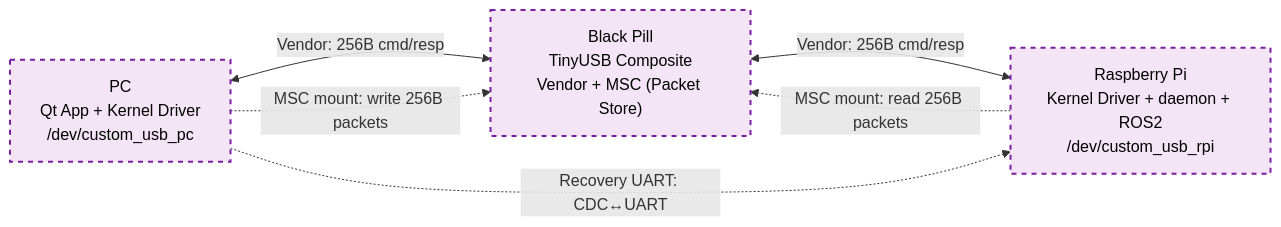
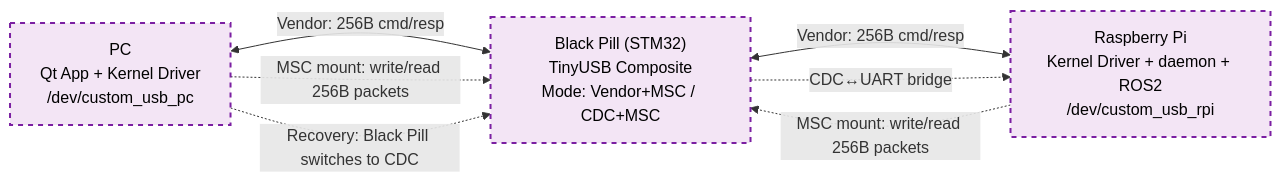
The first of 4 diagrams in README.md (ChangHoiAn/example), drawn with Mermaid before and after one commit. The commit also changed other lines of this file, not shown here.

````diff
--- a/README.md
+++ b/README.md
@@ -37,25 +37,26 @@
 ```mermaid
 %%{init: {"themeVariables": {"fontSize": "16px"}, "flowchart": {"useMaxWidth": true, "nodeSpacing": 45, "rankSpacing": 60, "diagramPadding": 8}}}%%
 flowchart LR
-    classDef pc fill:#e3f2fd,stroke:#1565c0,stroke-width:2px,color:black;
-    classDef mcu fill:#fff9c4,stroke:#fbc02d,stroke-width:2px,color:black;
-    classDef rpi fill:#e8f5e9,stroke:#2e7d32,stroke-width:2px,color:black;
-    classDef usb fill:#f3e5f5,stroke:#7b1fa2,stroke-width:2px,stroke-dasharray: 5 5,color:black;
+  classDef pc fill:#e3f2fd,stroke:#1565c0,stroke-width:2px,color:black;
+  classDef mcu fill:#fff9c4,stroke:#fbc02d,stroke-width:2px,color:black;
+  classDef rpi fill:#e8f5e9,stroke:#2e7d32,stroke-width:2px,color:black;
+  classDef usb fill:#f3e5f5,stroke:#7b1fa2,stroke-width:2px,stroke-dasharray: 5 5,color:black;
 
-    PC["PC<br/>Qt App + Kernel Driver<br/>/dev/custom_usb_pc"]
-    MCU["Black Pill<br/>TinyUSB Composite<br/>Vendor + MSC (Packet Store)"]
-    RPI["Raspberry Pi<br/>Kernel Driver + daemon + ROS2<br/>/dev/custom_usb_rpi"]
+  PC["PC<br/>Qt App + Kernel Driver<br/>/dev/custom_usb_pc"]
+  MCU["Black Pill (STM32)<br/>TinyUSB Composite<br/>Mode: Vendor+MSC / CDC+MSC"]
+  RPI["Raspberry Pi<br/>Kernel Driver + daemon + ROS2<br/>/dev/custom_usb_rpi"]
 
-    PC  <--> |Vendor: 256B cmd/resp| MCU
-    MCU <--> |Vendor: 256B cmd/resp| RPI
+  PC  <--> |Vendor: 256B cmd/resp| MCU
+  MCU <--> |Vendor: 256B cmd/resp| RPI
 
-    PC  -.-> |MSC mount: write 256B packets| MCU
-    RPI -.-> |MSC mount: read 256B packets| MCU
+  PC  -.-> |MSC mount: write/read 256B packets| MCU
+  RPI -.-> |MSC mount: write/read 256B packets| MCU
 
-    PC  -.-> |Recovery UART: CDC↔UART| RPI
+  PC  -.-> |Recovery: Black Pill switches to CDC| MCU
+  MCU -.-> |CDC↔UART bridge| RPI
 
-    class PC pc;
-    class MCU mcu;
-    class RPI rpi;
-    class PC,MCU,RPI usb;
+  class PC pc;
+  class MCU mcu;
+  class RPI rpi;
+  class PC,MCU,RPI usb;
 ```
````
